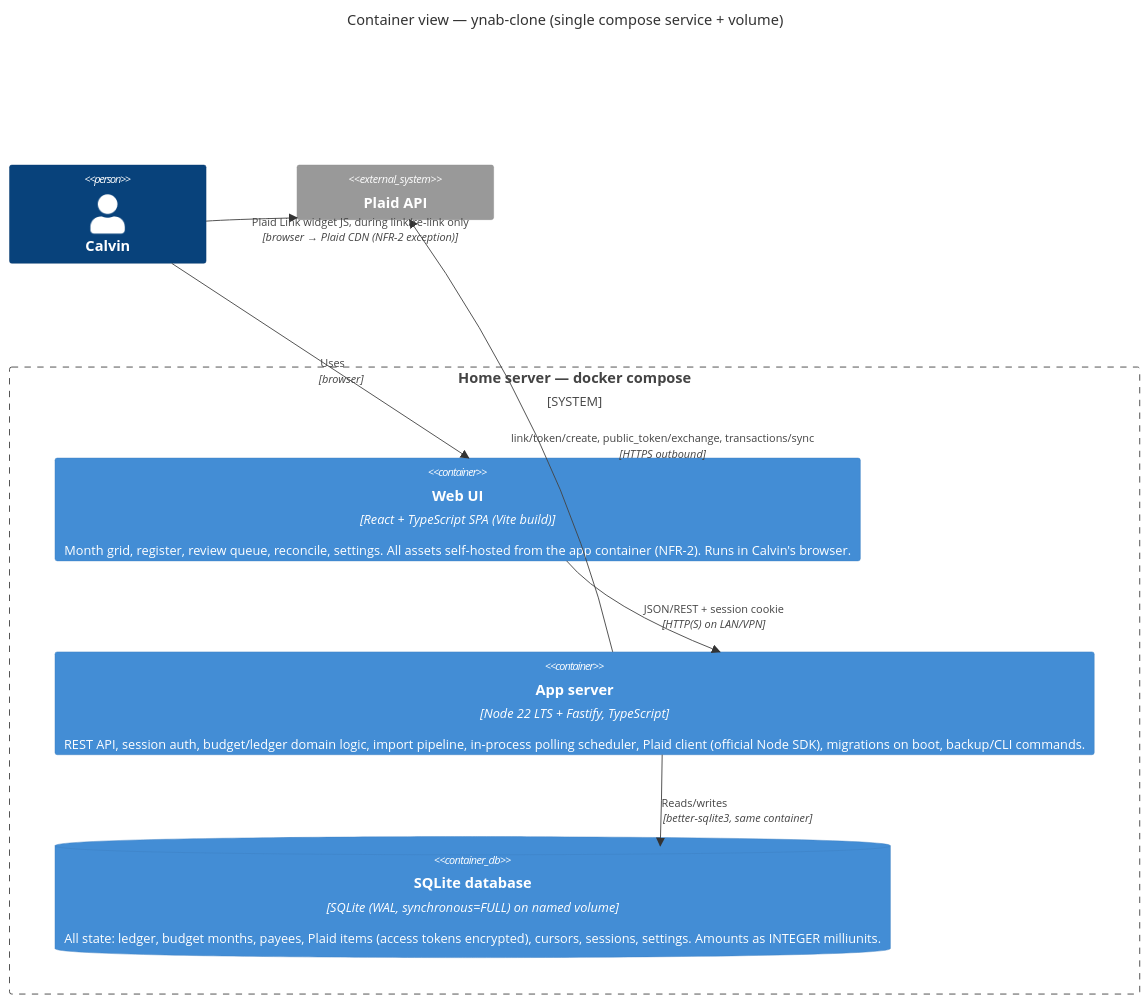
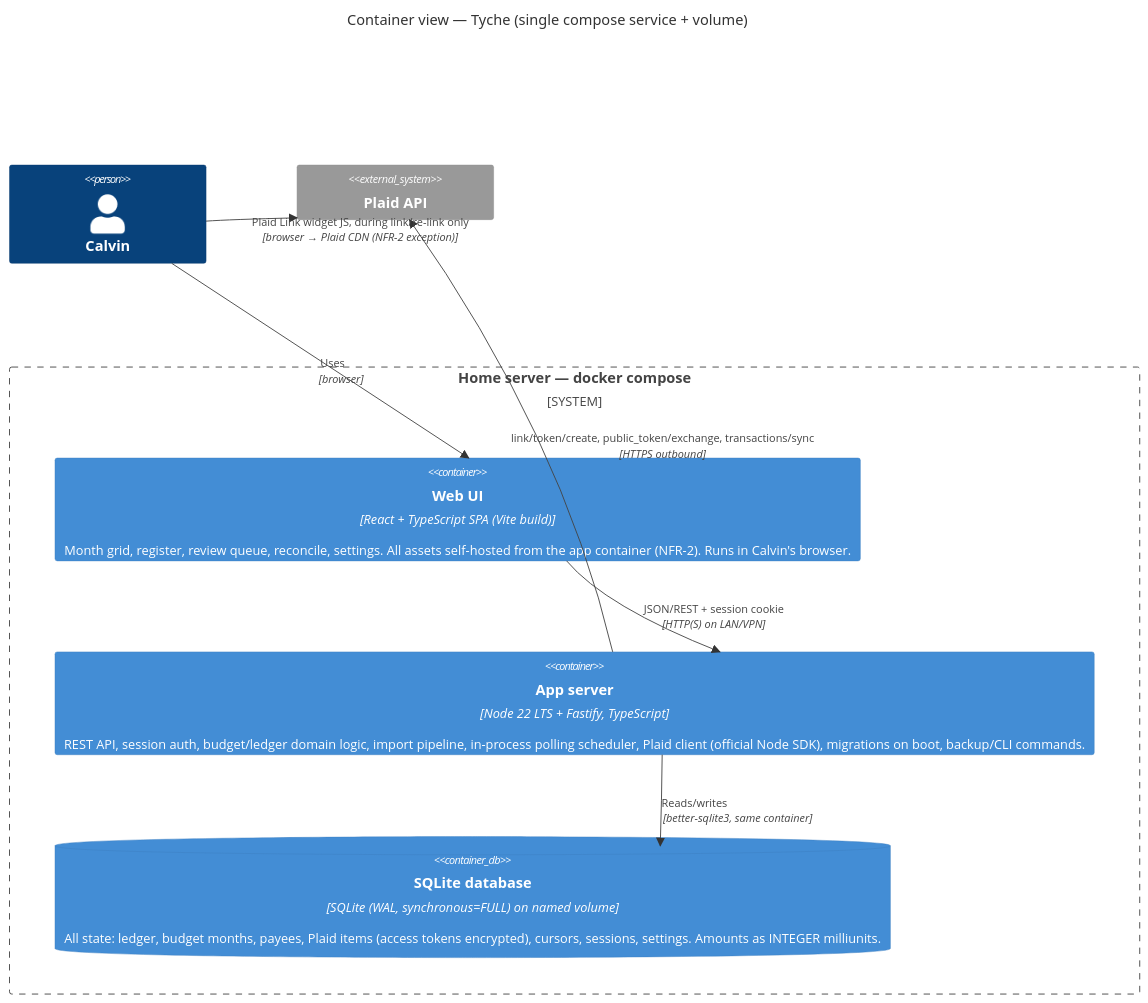
Before and after one commit to vezril/tyche: the second of 3 diagrams in docs/architecture.md, drawn with Mermaid. The commit also changed other lines of this file and 117 other files, not shown here.

````diff
--- a/docs/architecture.md
+++ b/docs/architecture.md
@@ -75,17 +75,17 @@
 ```mermaid
 C4Container
-  title Container view — ynab-clone (single compose service + volume)
+  title Container view — Tyche (single compose service + volume)
   Person(calvin, "Calvin")
   System_Boundary(host, "Home server — docker compose") {
     Container(spa, "Web UI", "React + TypeScript SPA (Vite build)", "Month grid, register, review queue, reconcile, settings. All assets self-hosted from the app container (NFR-2). Runs in Calvin's browser.")
     Container(api, "App server", "Node 22 LTS + Fastify, TypeScript", "REST API, session auth, budget/ledger domain logic, import pipeline, in-process polling scheduler, Plaid client (official Node SDK), migrations on boot, backup/CLI commands.")
     ContainerDb(db, "SQLite database", "SQLite (WAL, synchronous=FULL) on named volume", "All state: ledger, budget months, payees, Plaid items (access tokens encrypted), cursors, sessions, settings. Amounts as INTEGER milliunits.")
   }
   System_Ext(plaid, "Plaid API")
 
   Rel(calvin, spa, "Uses", "browser")
   Rel(spa, api, "JSON/REST + session cookie", "HTTP(S) on LAN/VPN")
   Rel(api, db, "Reads/writes", "better-sqlite3, same container")
   Rel(api, plaid, "link/token/create, public_token/exchange, transactions/sync", "HTTPS outbound")
   Rel(calvin, plaid, "Plaid Link widget JS, during link/re-link only", "browser → Plaid CDN (NFR-2 exception)")
 ```
````
